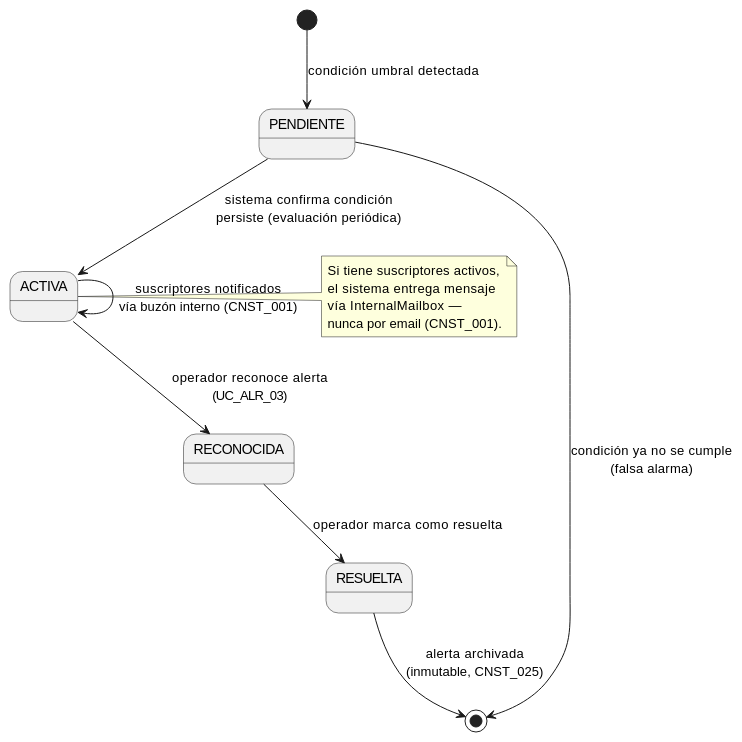
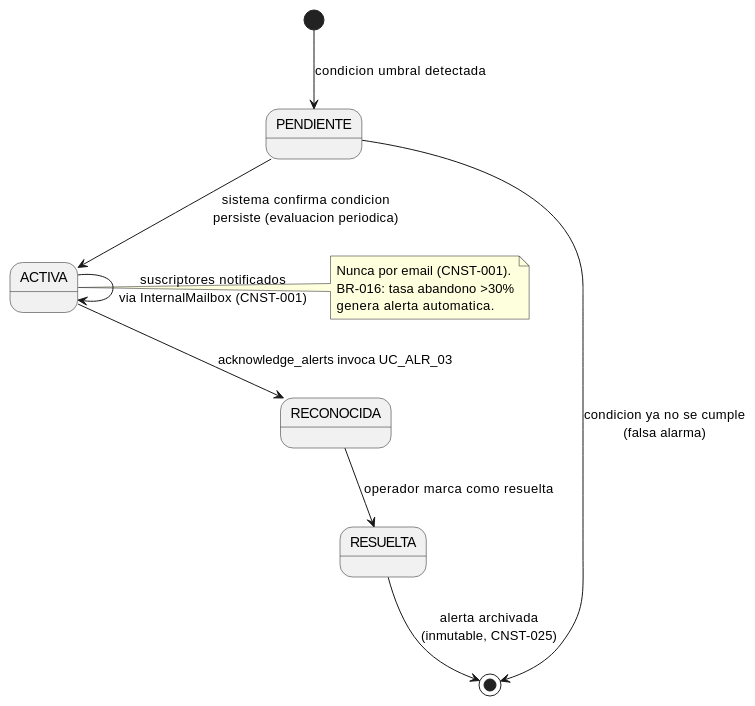
One commit to jcg-admin/IACT-docs changed the first of 3 diagrams in source/arquitectura-tecnica/modulos/alerts/diagramas.rst. Above: the diagram before and after it, drawn with PlantUML. The commit also changed other lines of this file and 3 other files, not shown here.

```diff
--- a/source/arquitectura-tecnica/modulos/alerts/diagramas.rst
+++ b/source/arquitectura-tecnica/modulos/alerts/diagramas.rst
@@ -11,24 +11,23 @@
 .. uml::
- :caption: Estados de una alerta — desde el disparo hasta su resolución.
+ :caption: Estados de una alerta — desde el disparo hasta su resolucion.
 
  @startuml
 
- [*] --> PENDIENTE : condición umbral detectada
+ [*] --> PENDIENTE : condicion umbral detectada
 
- PENDIENTE --> ACTIVA : sistema confirma condición\npersiste (evaluación periódica)
- PENDIENTE --> [*] : condición ya no se cumple\n(falsa alarma)
+ PENDIENTE --> ACTIVA : sistema confirma condicion\npersiste (evaluacion periodica)
+ PENDIENTE --> [*] : condicion ya no se cumple\n(falsa alarma)
 
- ACTIVA --> RECONOCIDA : operador reconoce alerta\n(UC_ALR_03)
- ACTIVA --> ACTIVA : suscriptores notificados\nvía buzón interno (CNST_001)
+ ACTIVA --> RECONOCIDA : acknowledge_alerts invoca UC_ALR_03
+ ACTIVA --> ACTIVA : suscriptores notificados\nvia InternalMailbox (CNST-001)
 
  RECONOCIDA --> RESUELTA : operador marca como resuelta
- RESUELTA --> [*] : alerta archivada\n(inmutable, CNST_025)
+ RESUELTA --> [*] : alerta archivada\n(inmutable, CNST-025)
 
  note right of ACTIVA
-   Si tiene suscriptores activos,
-   el sistema entrega mensaje
-   vía InternalMailbox —
-   nunca por email (CNST_001).
+   Nunca por email (CNST-001).
+   BR-016: tasa abandono >30%
+   genera alerta automatica.
  end note
 
  @enduml
```
